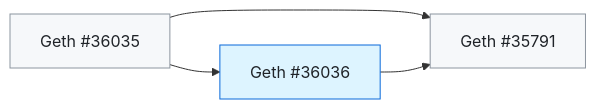
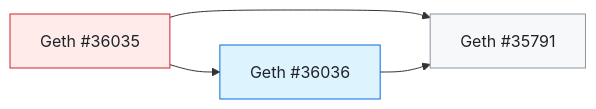
One commit to banteg/trace-interop changed the first of 2 diagrams in docs/client-fixes.md. Above: the diagram before and after it, drawn with Mermaid. The commit also changed other lines of this file and 3 other files, not shown here.

````diff
--- a/docs/client-fixes.md
+++ b/docs/client-fixes.md
@@ -90,11 +90,12 @@
 ```mermaid
 flowchart LR
   Geth_35791["Geth #35791"]:::open
-  Geth_36035["Geth #36035"]:::open
+  Geth_36035["Geth #36035"]:::closed
   Geth_36036["Geth #36036"]:::merged
   Geth_36035 --> Geth_35791
   Geth_36036 --> Geth_35791
   Geth_36035 --> Geth_36036
   classDef open fill:#f6f8fa,stroke:#8c959f,color:#1f2328
   classDef merged fill:#ddf4ff,stroke:#0969da,color:#1f2328
+  classDef closed fill:#ffebe9,stroke:#cf222e,color:#1f2328
 ```
````
